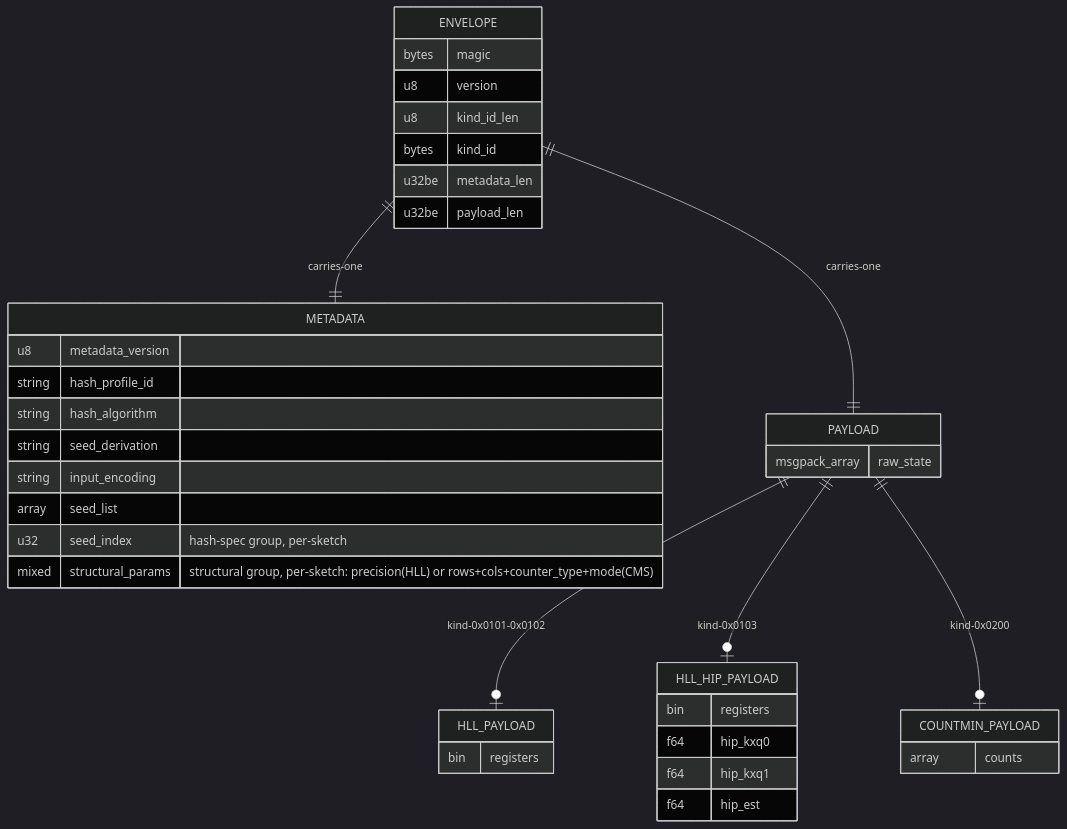
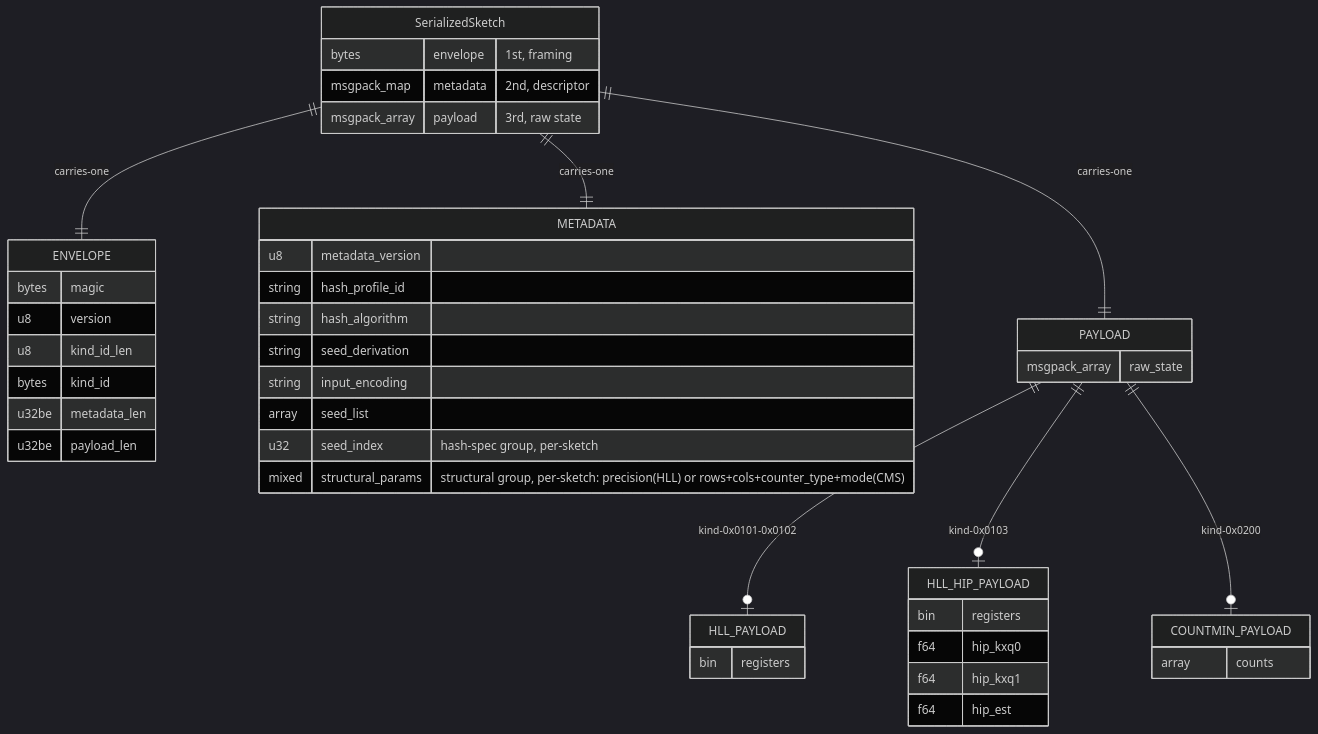
The diagram in docs/asapv1_wire_format.md (ProjectASAP/asap_sketchlib), drawn with Mermaid (dark theme) before and after one commit. The commit also changed other lines of this file, not shown here.

First line of the commit message:
docs(asapv1): add intro, terms, reading guide; rework structure diagram

````diff
--- a/docs/asapv1_wire_format.md
+++ b/docs/asapv1_wire_format.md
@@ -42,41 +63,47 @@
 ```mermaid
 erDiagram
-    ENVELOPE ||--|| METADATA : carries-one
-    ENVELOPE ||--|| PAYLOAD : carries-one
+    SerializedSketch {
+        bytes envelope "1st, framing"
+        msgpack_map metadata "2nd, descriptor"
+        msgpack_array payload "3rd, raw state"
+    }
+    SerializedSketch ||--|| ENVELOPE : carries-one
+    SerializedSketch ||--|| METADATA : carries-one
+    SerializedSketch ||--|| PAYLOAD : carries-one
     PAYLOAD ||--o| HLL_PAYLOAD : kind-0x0101-0x0102
     PAYLOAD ||--o| HLL_HIP_PAYLOAD : kind-0x0103
     PAYLOAD ||--o| COUNTMIN_PAYLOAD : kind-0x0200
     ENVELOPE {
         bytes magic
         u8 version
         u8 kind_id_len
         bytes kind_id
         u32be metadata_len
         u32be payload_len
     }
     METADATA {
         u8 metadata_version
         string hash_profile_id
         string hash_algorithm
         string seed_derivation
         string input_encoding
         array seed_list
         u32 seed_index "hash-spec group, per-sketch"
         mixed structural_params "structural group, per-sketch: precision(HLL) or rows+cols+counter_type+mode(CMS)"
     }
     PAYLOAD {
         msgpack_array raw_state
     }
     HLL_PAYLOAD {
         bin registers
     }
     HLL_HIP_PAYLOAD {
         bin registers
         f64 hip_kxq0
         f64 hip_kxq1
         f64 hip_est
     }
     COUNTMIN_PAYLOAD {
         array counts
     }
 ```
````
